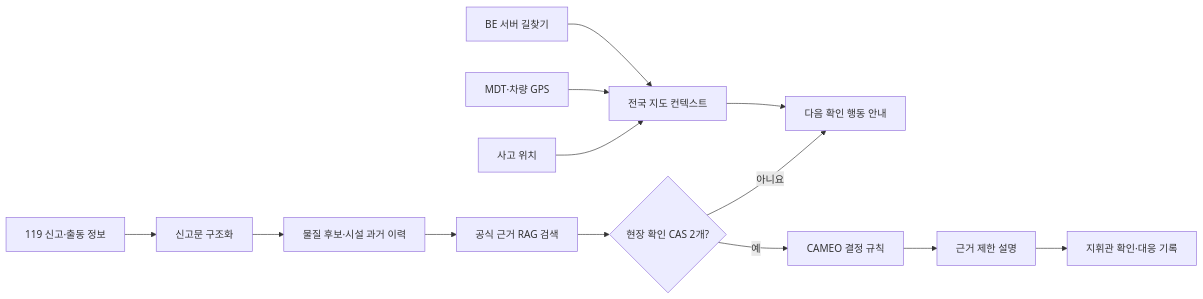
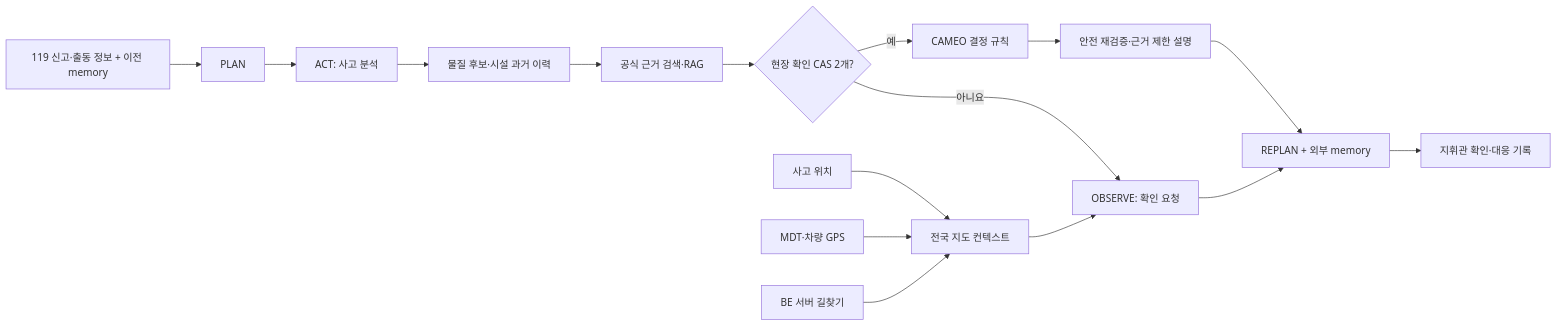
The diagram in docs/OPERATIONS_AGENT_AND_MAP.md (chemicheck119-lab/analysis-engine), drawn with Mermaid before and after one commit. The commit also changed other lines of this file and 15 other files, not shown here.

````diff
--- a/docs/OPERATIONS_AGENT_AND_MAP.md
+++ b/docs/OPERATIONS_AGENT_AND_MAP.md
@@ -8,15 +9,18 @@
 ```mermaid
 flowchart LR
-    A["119 신고·출동 정보"] --> B["신고문 구조화"]
+    A["119 신고·출동 정보 + 이전 memory"] --> P["PLAN"]
+    P --> B["ACT: 사고 분석"]
     B --> C["물질 후보·시설 과거 이력"]
-    C --> D["공식 근거 RAG 검색"]
+    C --> D["공식 근거 검색·RAG"]
     D --> E{"현장 확인 CAS 2개?"}
-    E -->|"아니요"| F["다음 확인 행동 안내"]
+    E -->|"아니요"| F["OBSERVE: 확인 요청"]
     E -->|"예"| G["CAMEO 결정 규칙"]
-    G --> H["근거 제한 설명"]
-    H --> I["지휘관 확인·대응 기록"]
+    F --> R["REPLAN + 외부 memory"]
+    G --> H["안전 재검증·근거 제한 설명"]
+    H --> R
+    R --> I["지휘관 확인·대응 기록"]
     J["사고 위치"] --> K["전국 지도 컨텍스트"]
     L["MDT·차량 GPS"] --> K
     M["BE 서버 길찾기"] --> K
     K --> F
 ```
````
